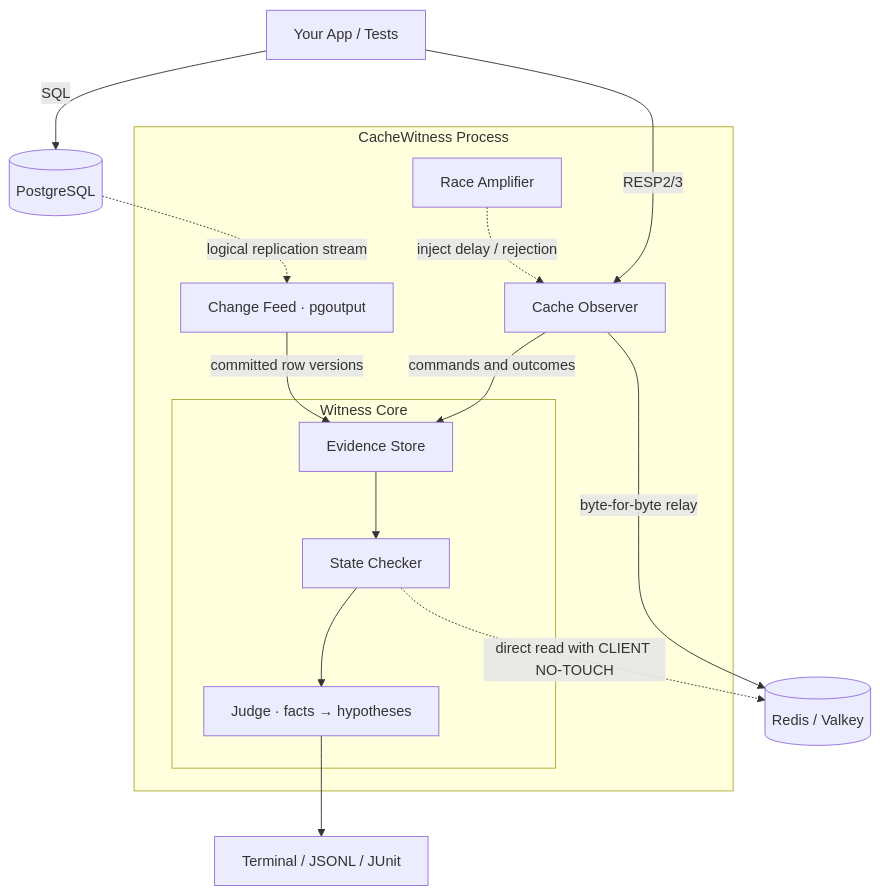
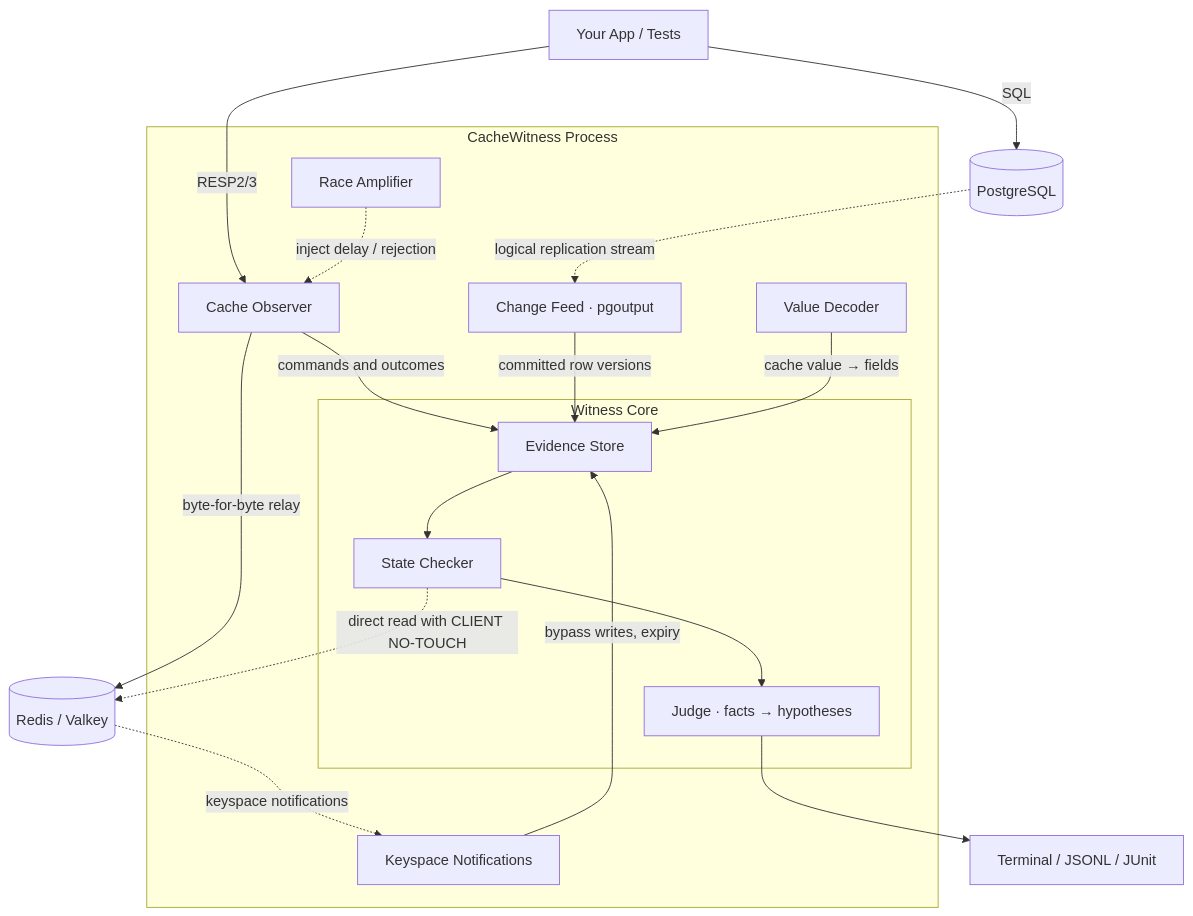
One commit to AsyncNomad/CacheWitness changed the diagram in README.md. Above: the diagram before and after it, drawn with Mermaid. The commit also changed other lines of this file and 3 other files, not shown here.

````diff
--- a/README.md
+++ b/README.md
@@ -199,27 +203,32 @@
 ```mermaid
 graph TD
     App[Your App / Tests] -->|RESP2/3| Observer
     App -->|SQL| PG[(PostgreSQL)]
 
     subgraph Process [CacheWitness Process]
         Observer[Cache Observer]
         Feed[Change Feed · pgoutput]
+        Notif[Keyspace Notifications]
+        Decode[Value Decoder]
         Amp[Race Amplifier]
 
         subgraph Core [Witness Core]
             Store[Evidence Store]
             Checker[State Checker]
             Judge[Judge · facts → hypotheses]
         end
 
         Observer -->|commands and outcomes| Store
         Feed -->|committed row versions| Store
+        Notif -->|bypass writes, expiry| Store
+        Decode -->|cache value → fields| Store
         Store --> Checker --> Judge
         Amp -.->|inject delay / rejection| Observer
     end
 
     Observer -->|byte-for-byte relay| Redis[(Redis / Valkey)]
     PG -.->|logical replication stream| Feed
+    Redis -.->|keyspace notifications| Notif
     Checker -.->|direct read with CLIENT NO-TOUCH| Redis
     Judge --> Report[Terminal / JSONL / JUnit]
 ```
````
